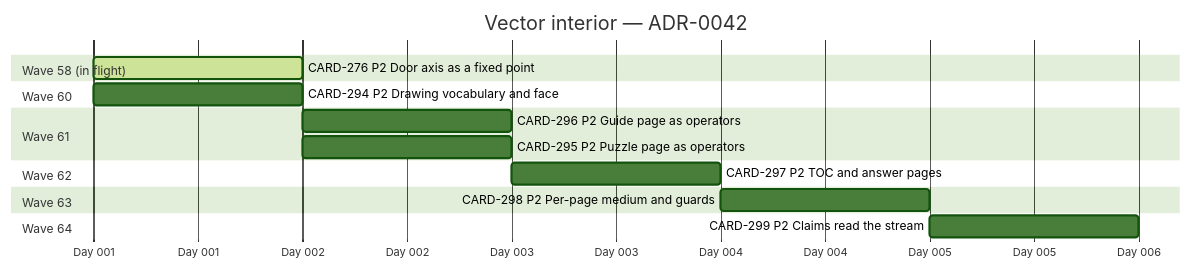
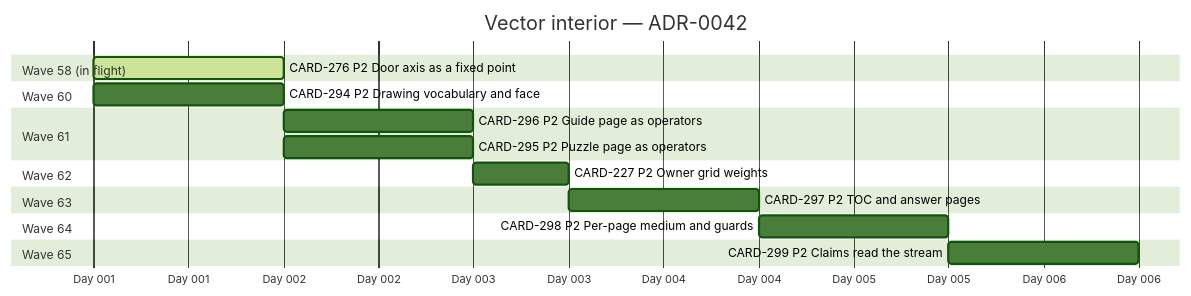
One commit to et0175/nonogram changed the first of 2 diagrams in meta/kanban/gantt.md. Above: the diagram before and after it, drawn with Mermaid (forest theme). The commit also changed other lines of this file and 9 other files, not shown here.

````diff
--- a/meta/kanban/gantt.md
+++ b/meta/kanban/gantt.md
@@ -22,19 +23,21 @@
 ```mermaid
 gantt
   title Vector interior — ADR-0042
   dateFormat X
   axisFormat Day %j
   section Wave 58 (in flight)
     CARD-276 P2 Door axis as a fixed point    :active, card276, 0, 1d
   section Wave 60
     CARD-294 P2 Drawing vocabulary and face   :card294, 0, 1d
   section Wave 61
     CARD-296 P2 Guide page as operators       :card296, after card294, 1d
     CARD-295 P2 Puzzle page as operators      :card295, after card294, 1d
   section Wave 62
-    CARD-297 P2 TOC and answer pages          :card297, after card294 card295, 1d
+    CARD-227 P2 Owner grid weights            :card227, after card295, 12h
   section Wave 63
-    CARD-298 P2 Per-page medium and guards    :card298, after card295 card296 card297, 1d
+    CARD-297 P2 TOC and answer pages          :card297, after card295 card227, 1d
   section Wave 64
+    CARD-298 P2 Per-page medium and guards    :card298, after card296 card297 card227, 1d
+  section Wave 65
     CARD-299 P2 Claims read the stream        :card299, after card298 card276, 1d
 ```
````
